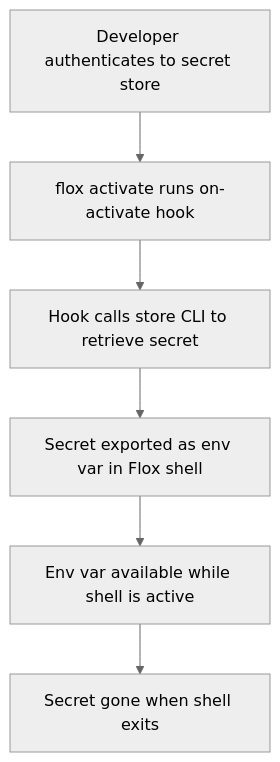
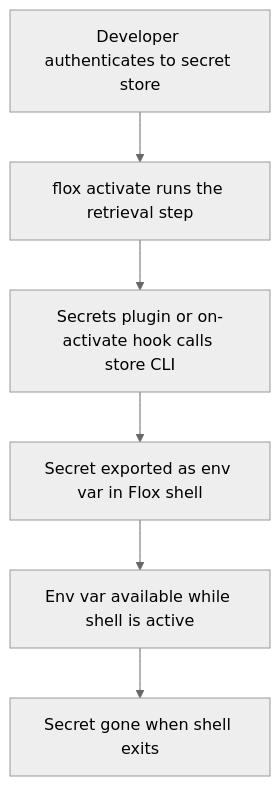
The diagram in concepts/secrets-management.mdx (flox/docs), drawn with Mermaid (neutral theme) before and after one commit. The commit also changed other lines of this file, not shown here.

First line of the commit message:
docs: rework secrets management page around secrets plugins

````diff
--- a/concepts/secrets-management.mdx
+++ b/concepts/secrets-management.mdx
@@ -22,8 +22,8 @@
 ```mermaid
 flowchart TD
-  A["Developer authenticates to secret store"] --> B["flox activate runs on-activate hook"]
-  B --> C["Hook calls store CLI to retrieve secret"]
+  A["Developer authenticates to secret store"] --> B["flox activate runs the retrieval step"]
+  B --> C["Secrets plugin or on-activate hook calls store CLI"]
   C --> D["Secret exported as env var in Flox shell"]
   D --> E["Env var available while shell is active"]
   E --> F["Secret gone when shell exits"]
 ```
````
